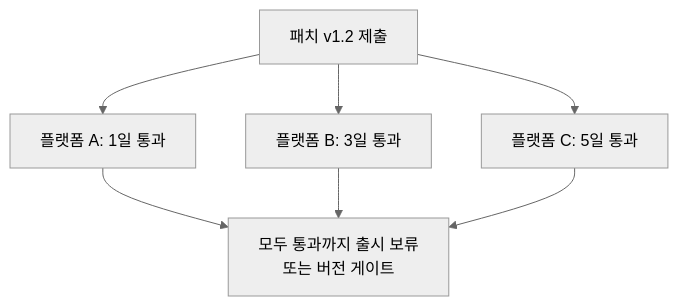
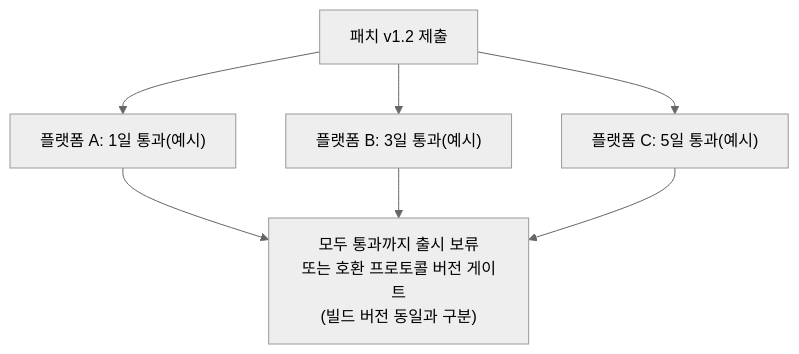
The ninth of 9 diagrams in platform/part05_crossplatform.md (Rein-ArXiv/game-dev-curriculum), drawn with Mermaid (neutral theme) before and after one commit. The commit also changed other lines of this file and 279 other files, not shown here.

````diff
--- a/platform/part05_crossplatform.md
+++ b/platform/part05_crossplatform.md
@@ -464,9 +481,9 @@
 ```mermaid
 flowchart TB
-    Patch[패치 v1.2 제출] --> P1[플랫폼 A: 1일 통과]
-    Patch --> P2[플랫폼 B: 3일 통과]
-    Patch --> P3[플랫폼 C: 5일 통과]
-    P1 --> Hold[모두 통과까지 출시 보류<br/>또는 버전 게이트]
+    Patch[패치 v1.2 제출] --> P1["플랫폼 A: 1일 통과(예시)"]
+    Patch --> P2["플랫폼 B: 3일 통과(예시)"]
+    Patch --> P3["플랫폼 C: 5일 통과(예시)"]
+    P1 --> Hold["모두 통과까지 출시 보류<br/>또는 호환 프로토콜 버전 게이트<br/>(빌드 버전 동일과 구분)"]
     P2 --> Hold
     P3 --> Hold
 ```
````
